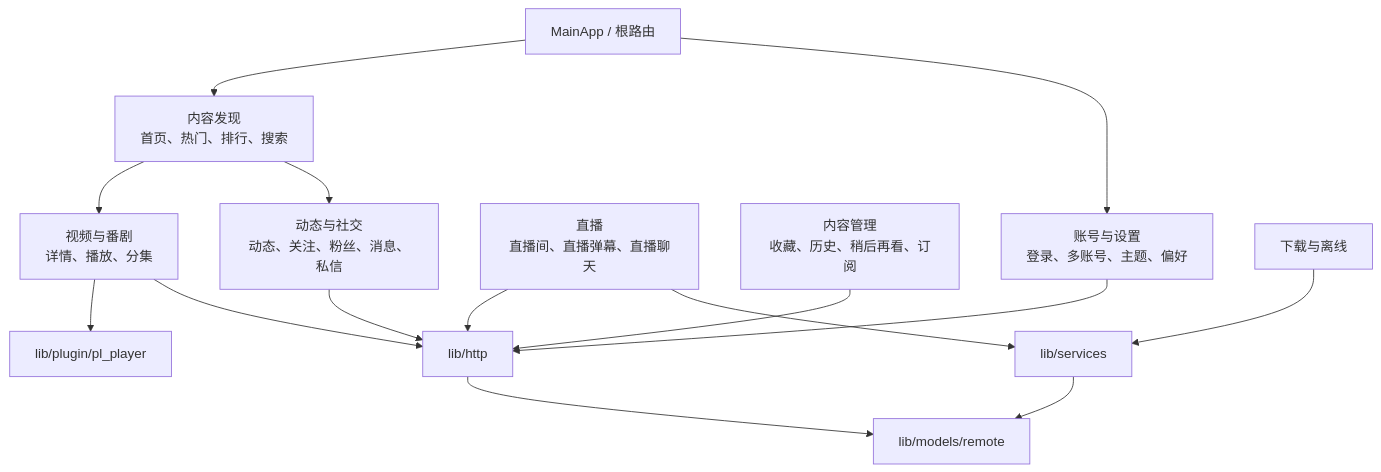
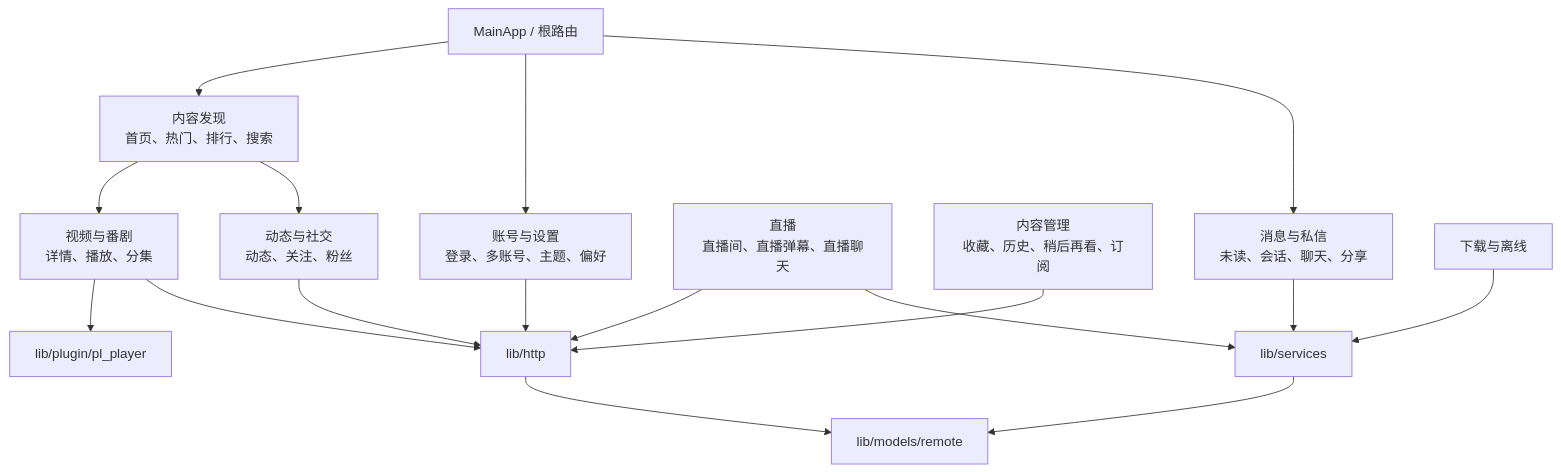
One commit to Arukasaeled/PiliAurora changed the diagram in doc/features.md. Above: the diagram before and after it, drawn with Mermaid. The commit also changed other lines of this file and 9 other files, not shown here.

````diff
--- a/doc/features.md
+++ b/doc/features.md
@@ -9,29 +9,32 @@
 ```mermaid
 flowchart TD
     Main[MainApp / 根路由]
     Discover[内容发现<br/>首页、热门、排行、搜索]
     Video[视频与番剧<br/>详情、播放、分集]
-    Social[动态与社交<br/>动态、关注、粉丝、消息、私信]
+    Social[动态与社交<br/>动态、关注、粉丝]
+    Messaging[消息与私信<br/>未读、会话、聊天、分享]
     Live[直播<br/>直播间、直播弹幕、直播聊天]
     Manage[内容管理<br/>收藏、历史、稍后再看、订阅]
     Account[账号与设置<br/>登录、多账号、主题、偏好]
     Download[下载与离线]
     API[lib/http]
     Models[lib/models/remote]
     Services[lib/services]
     Player[lib/plugin/pl_player]
     Main --> Discover
     Main --> Account
+    Main --> Messaging
     Discover --> Video
     Discover --> Social
     Video --> Player
     Video --> API
     Live --> API
     Live --> Services
     Social --> API
+    Messaging --> Services
     Manage --> API
     Account --> API
     Download --> Services
     API --> Models
     Services --> Models
 ```
````
